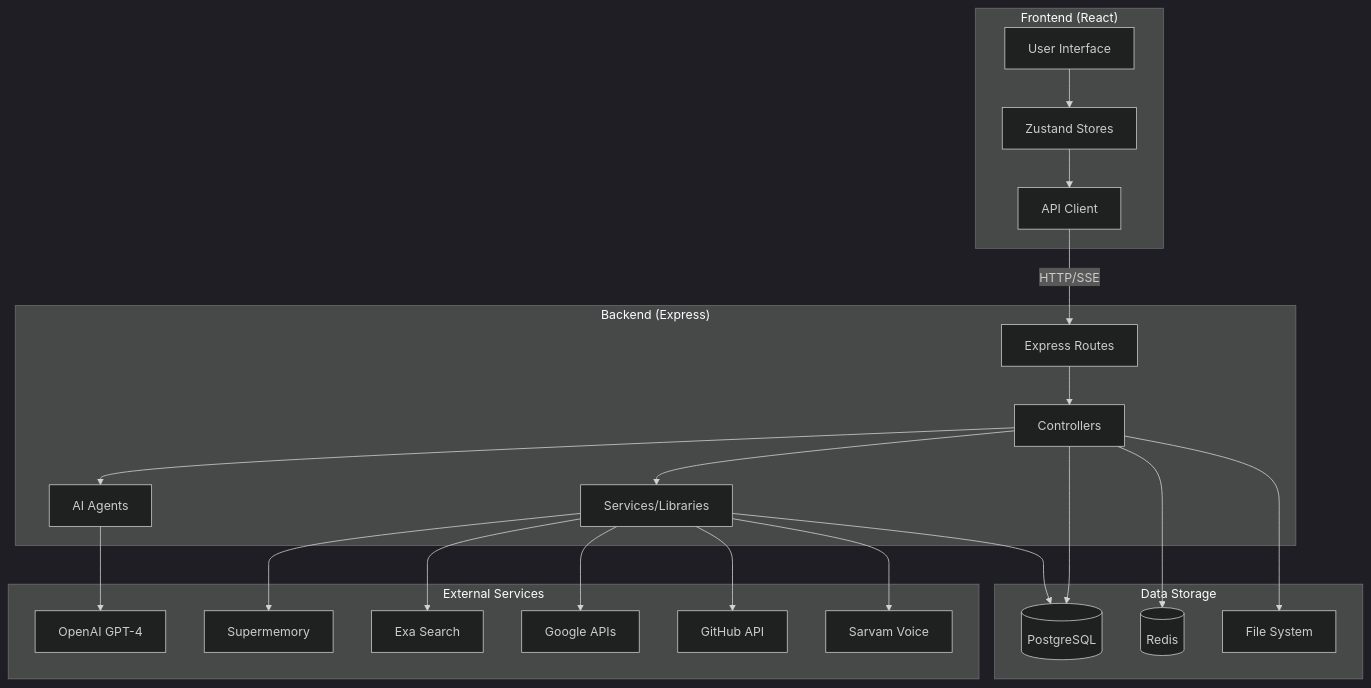
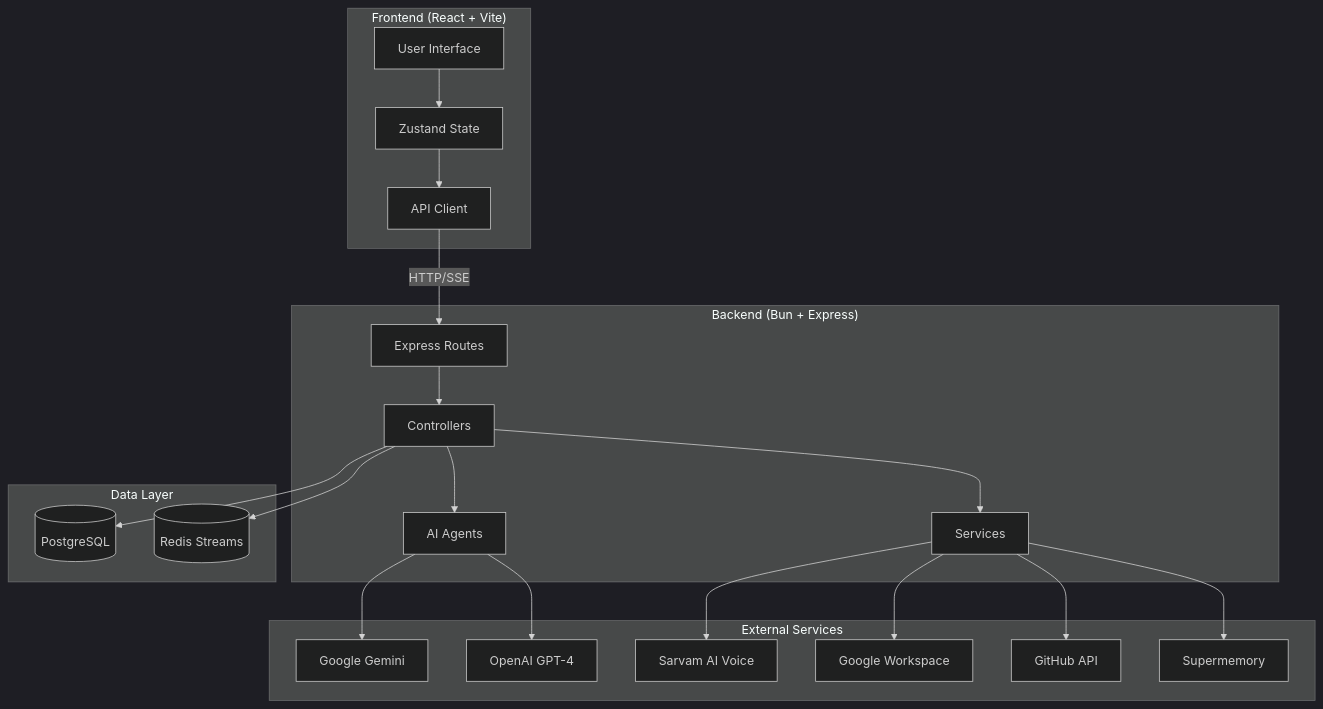
The first of 8 diagrams in docss/arch.docs.md (himanshuraimau/Kuma), drawn with Mermaid (dark theme) before and after one commit. The commit also changed other lines of this file and 9 other files, not shown here.

````diff
--- a/docss/arch.docs.md
+++ b/docss/arch.docs.md
@@ -39,49 +22,46 @@
 ```mermaid
 flowchart TB
-    subgraph Client["Frontend (React)"]
+    subgraph Client["Frontend (React + Vite)"]
         UI[User Interface]
-        Store[Zustand Stores]
-        API[API Client]
+        Store[Zustand State]
+        APIClient[API Client]
     end
 
-    subgraph Server["Backend (Express)"]
+    subgraph Server["Backend (Bun + Express)"]
         Routes[Express Routes]
         Controllers[Controllers]
-        Services[Services/Libraries]
         Agents[AI Agents]
+        Services[Services]
     end
 
     subgraph External["External Services"]
+        Gemini[Google Gemini]
         OpenAI[OpenAI GPT-4]
+        Sarvam[Sarvam AI Voice]
+        Google[Google Workspace]
+        GitHub[GitHub API]
         Supermemory[Supermemory]
-        Exa[Exa Search]
-        Google[Google APIs]
-        GitHub[GitHub API]
-        Sarvam[Sarvam Voice]
     end
 
-    subgraph Storage["Data Storage"]
+    subgraph Storage["Data Layer"]
         PostgreSQL[(PostgreSQL)]
-        Redis[(Redis)]
-        FileSystem[File System]
+        Redis[(Redis Streams)]
     end
 
     UI --> Store
-    Store --> API
-    API -->|HTTP/SSE| Routes
+    Store --> APIClient
+    APIClient -->|HTTP/SSE| Routes
     Routes --> Controllers
+    Controllers --> Agents
     Controllers --> Services
-    Controllers --> Agents
     
+    Agents --> Gemini
     Agents --> OpenAI
-    Services --> Supermemory
-    Services --> Exa
+    Services --> Sarvam
     Services --> Google
     Services --> GitHub
-    Services --> Sarvam
+    Services --> Supermemory
     
     Controllers --> PostgreSQL
-    Services --> PostgreSQL
     Controllers --> Redis
-    Controllers --> FileSystem
 ```
````
